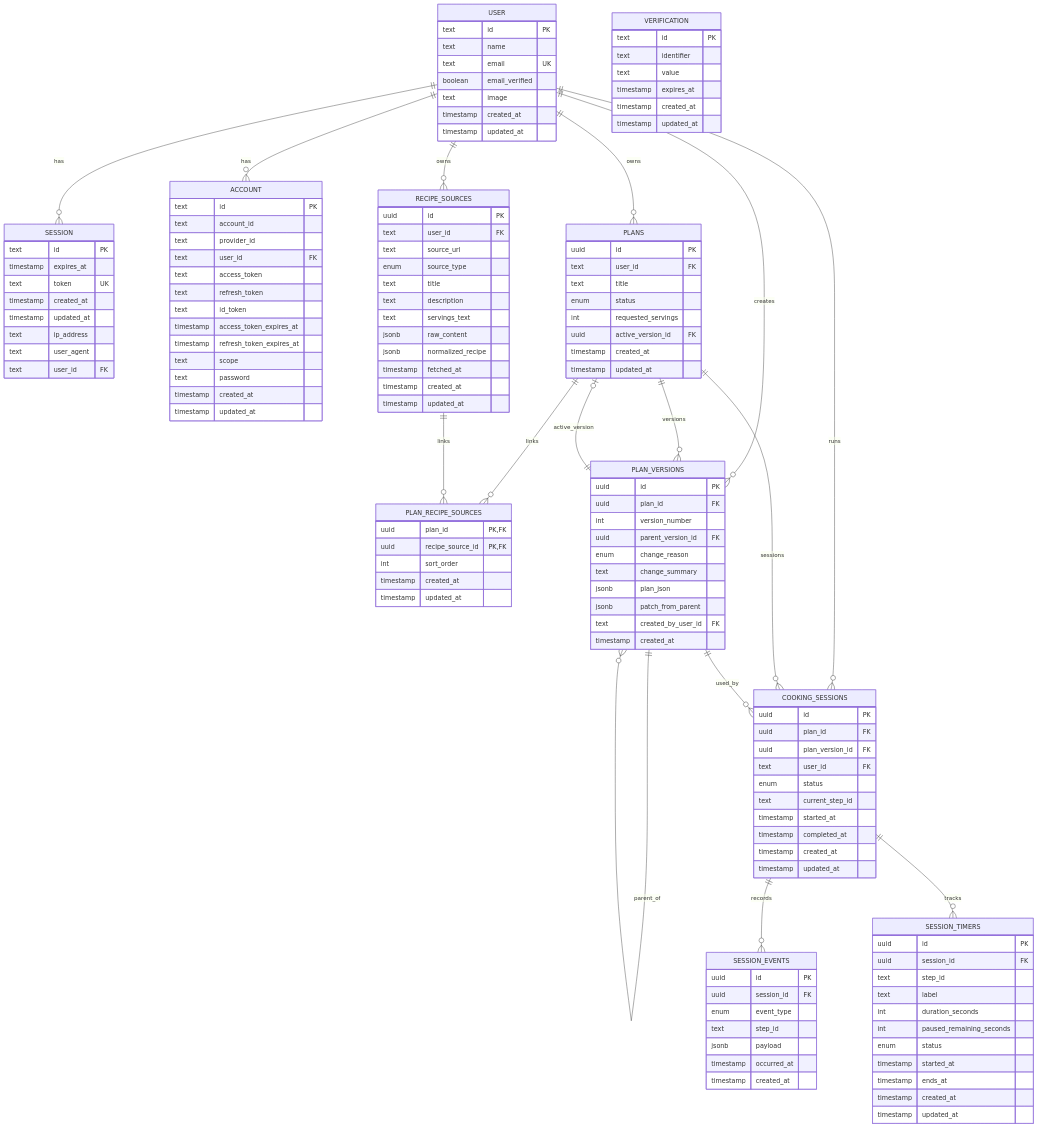
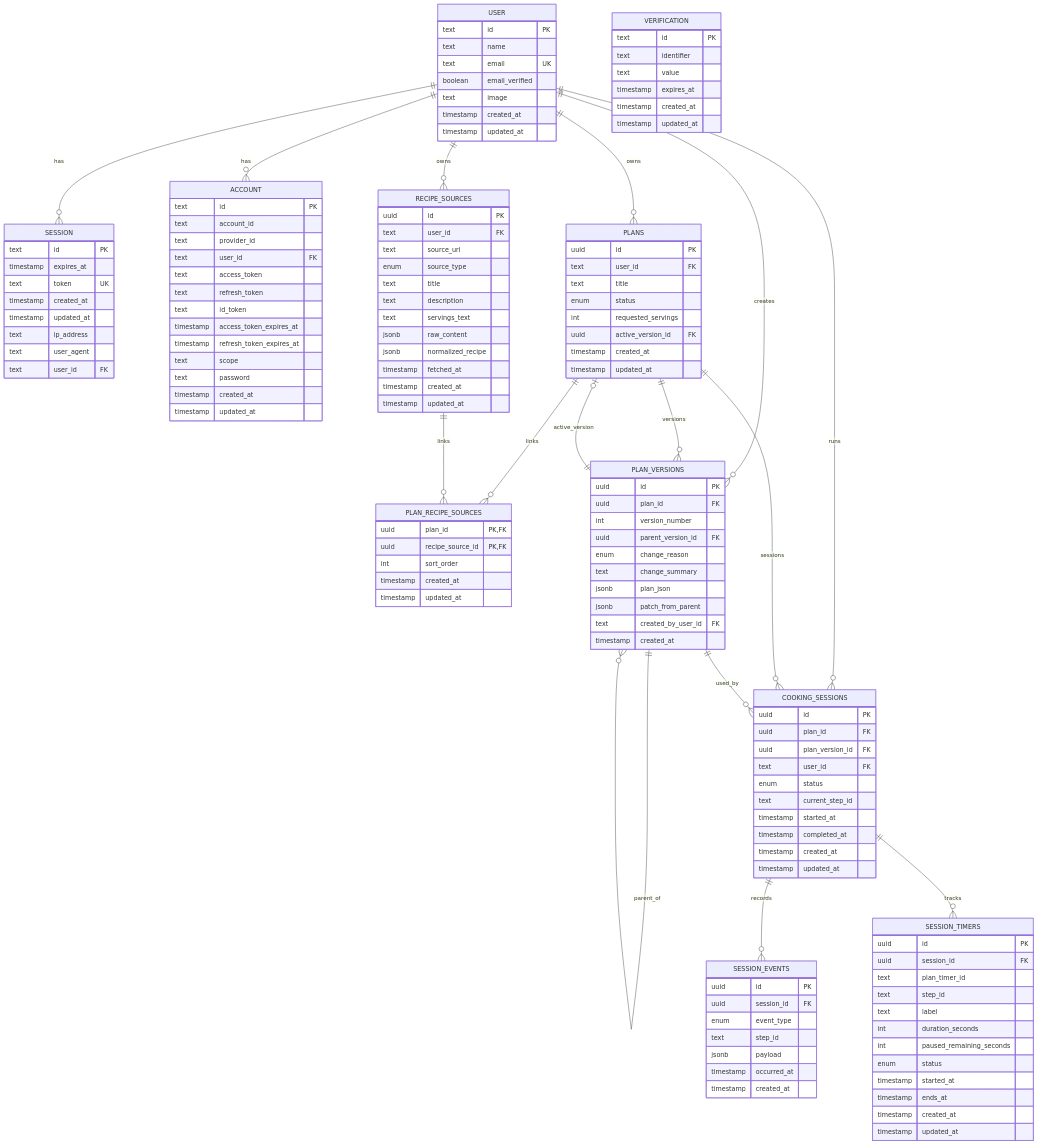
Before and after one commit to aomona/cook-agent: the diagram in er.md, drawn with Mermaid. The commit also changed other lines of this file and 4 other files, not shown here.

```diff
--- a/er.md
+++ b/er.md
@@ -121,6 +121,7 @@
 	SESSION_TIMERS {
 		uuid id PK
 		uuid session_id FK
+		text plan_timer_id
 		text step_id
 		text label
 		int duration_seconds
```
